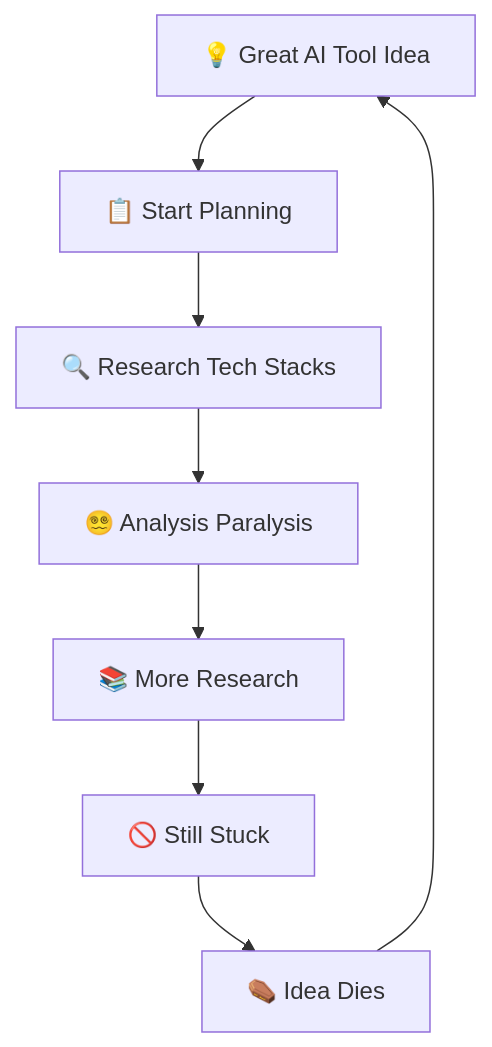
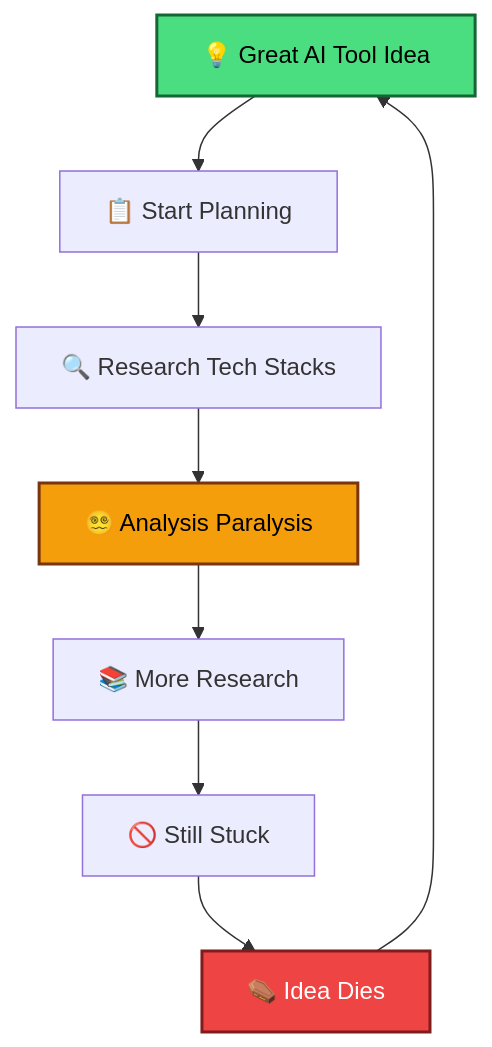
One commit to Organized-AI/pitch-deck changed the diagram in slides.md. Above: the diagram before and after it, drawn with Mermaid. The commit also changed other lines of this file and 1 other file, not shown here.

````diff
--- a/slides.md
+++ b/slides.md
@@ -500,10 +481,14 @@
 ```mermaid
 graph TD
-    A[💡 Great AI Tool Idea] --> B[📋 Start Planning]
-    B --> C[🔍 Research Tech Stacks]
-    C --> D[😵‍💫 Analysis Paralysis]
-    D --> E[📚 More Research]
-    E --> F[🚫 Still Stuck]
-    F --> G[⚰️ Idea Dies]
+    A["💡 Great AI Tool Idea"] --> B["📋 Start Planning"]
+    B --> C["🔍 Research Tech Stacks"]
+    C --> D["😵‍💫 Analysis Paralysis"] 
+    D --> E["📚 More Research"]
+    E --> F["🚫 Still Stuck"]
+    F --> G["⚰️ Idea Dies"]
     G --> A
+    
+    style A fill:#4ade80,stroke:#166534,stroke-width:2px,color:#000
+    style G fill:#ef4444,stroke:#7f1d1d,stroke-width:2px,color:#fff
+    style D fill:#f59e0b,stroke:#78350f,stroke-width:2px,color:#000
 ```
````
